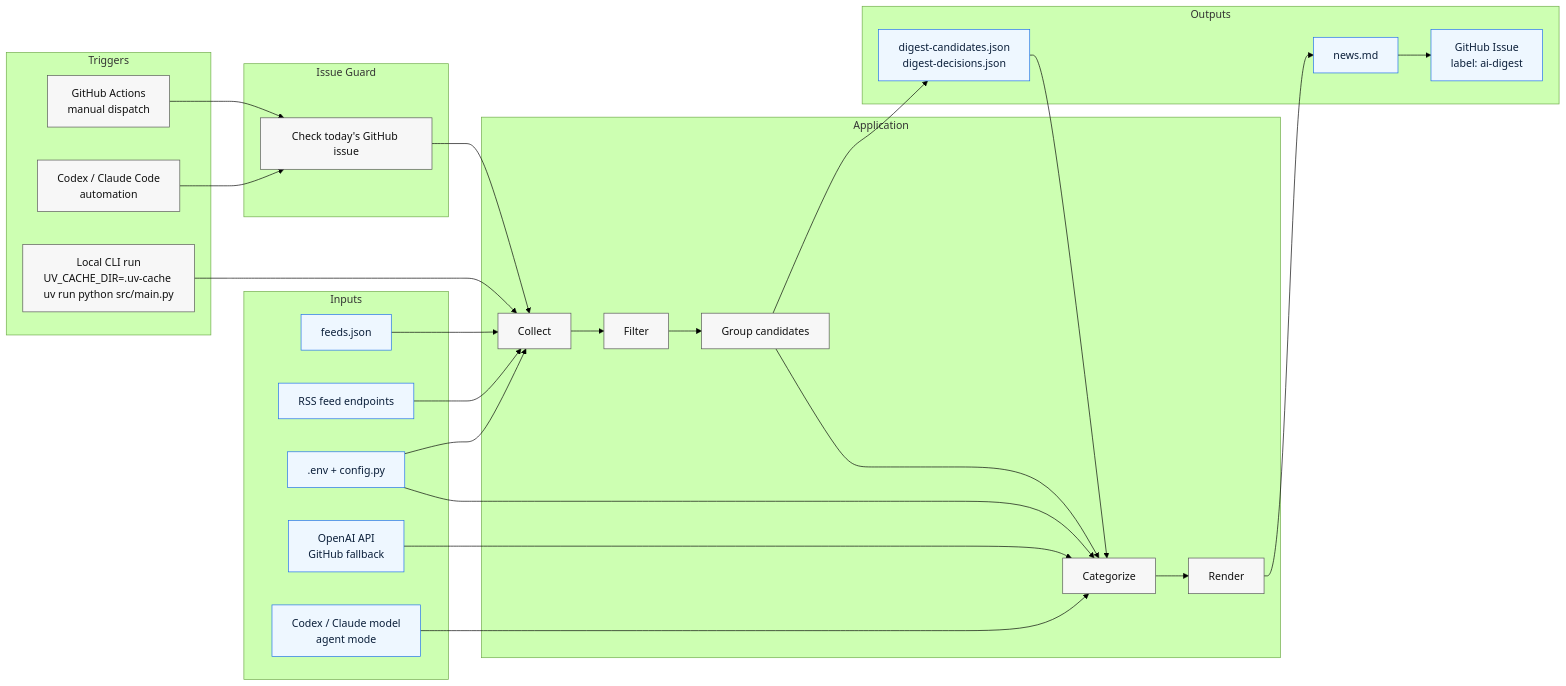
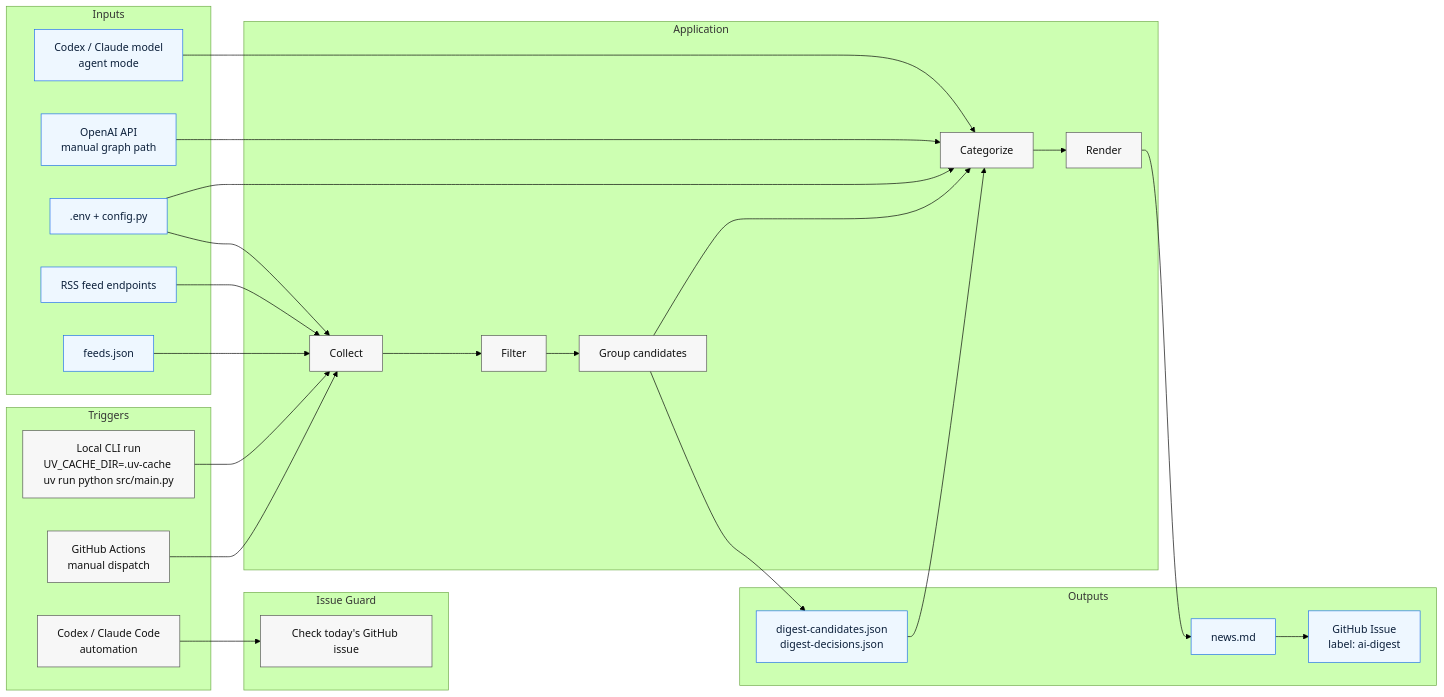
One commit to ActioBio/bio-news-agent changed the first of 2 diagrams in docs/architecture.md. Above: the diagram before and after it, drawn with Mermaid (forest theme). The commit also changed other lines of this file and 6 other files, not shown here.

````diff
--- a/docs/architecture.md
+++ b/docs/architecture.md
@@ -5,54 +5,54 @@
 ```mermaid
 flowchart LR
     subgraph Trigger[Triggers]
         GH[GitHub Actions<br/>manual dispatch]
         AGENT[Codex / Claude Code<br/>automation]
         LOCAL[Local CLI run<br/>UV_CACHE_DIR=.uv-cache uv run python src/main.py]
     end
 
     subgraph Guard[Issue Guard]
         CHECK[Check today's GitHub issue]
     end
 
     subgraph App[Application]
         C[Collect]
         F[Filter]
         G[Group candidates]
         K[Categorize]
         R[Render]
         C --> F --> G --> K --> R
     end
 
     subgraph In[Inputs]
         FEEDS[feeds.json]
         RSS[RSS feed endpoints]
         CONF[.env + config.py]
-        OAI[OpenAI API<br/>GitHub fallback]
+        OAI[OpenAI API<br/>manual graph path]
         MODEL[Codex / Claude model<br/>agent mode]
     end
 
     subgraph Out[Outputs]
         JSON[digest-candidates.json<br/>digest-decisions.json]
         MD[news.md]
         ISSUE[GitHub Issue<br/>label: ai-digest]
     end
 
-    GH --> CHECK --> C
+    GH --> C
     AGENT --> CHECK
     LOCAL --> C
     FEEDS --> C
     RSS --> C
     CONF --> C
     CONF --> K
     OAI --> K
     MODEL --> K
     G --> JSON
     JSON --> K
     R --> MD
     MD --> ISSUE
 
     classDef io fill:#eef7ff,stroke:#1f6feb,stroke-width:1px,color:#0b1f3a;
     classDef proc fill:#f7f7f7,stroke:#555,stroke-width:1px,color:#111;
     class FEEDS,RSS,CONF,OAI,MODEL,JSON,MD,ISSUE io;
     class GH,AGENT,LOCAL,CHECK,C,F,G,K,R proc;
 ```
````
